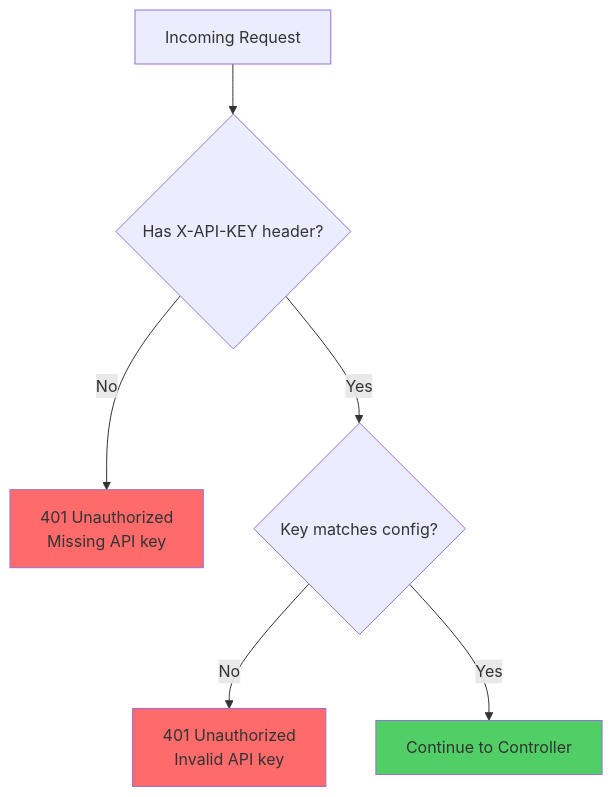
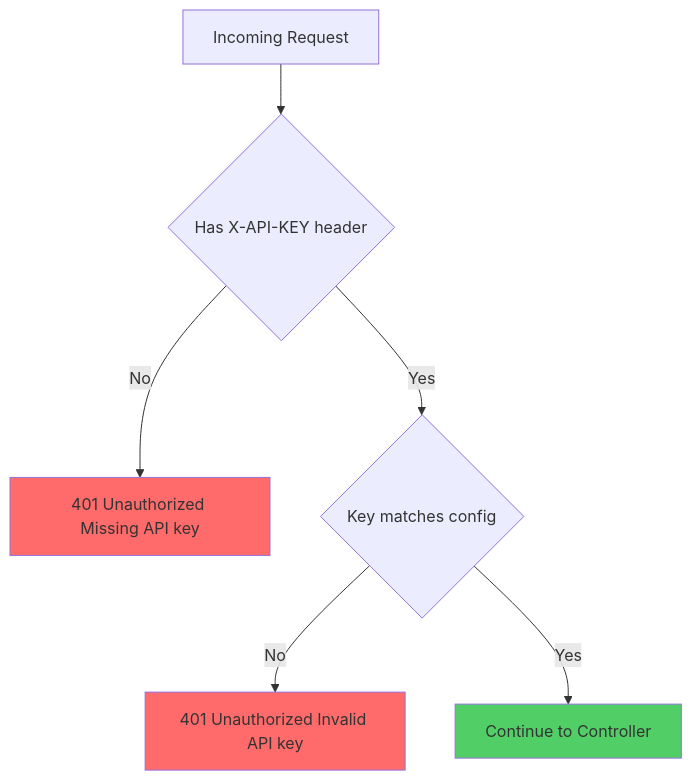
One commit to berserk3142-max/REST-API-for-a-Task-Management-system changed the seventh of 8 diagrams in README.md. Above: the diagram before and after it, drawn with Mermaid. The commit also changed other lines of this file, not shown here.

````diff
--- a/README.md
+++ b/README.md
@@ -304,12 +304,12 @@
 ```mermaid
 flowchart TD
-    A["Incoming Request"] --> B{"Has X-API-KEY header?"}
-    B -->|No| C["401 Unauthorized<br/>Missing API key"]
-    B -->|Yes| D{"Key matches config?"}
-    D -->|No| E["401 Unauthorized<br/>Invalid API key"]
-    D -->|Yes| F["Continue to Controller"]
+    A[Incoming Request] --> B{Has X-API-KEY header}
+    B -->|No| C[401 Unauthorized Missing API key]
+    B -->|Yes| D{Key matches config}
+    D -->|No| E[401 Unauthorized Invalid API key]
+    D -->|Yes| F[Continue to Controller]
     
     style C fill:#ff6b6b
     style E fill:#ff6b6b
     style F fill:#51cf66
 ```
````
